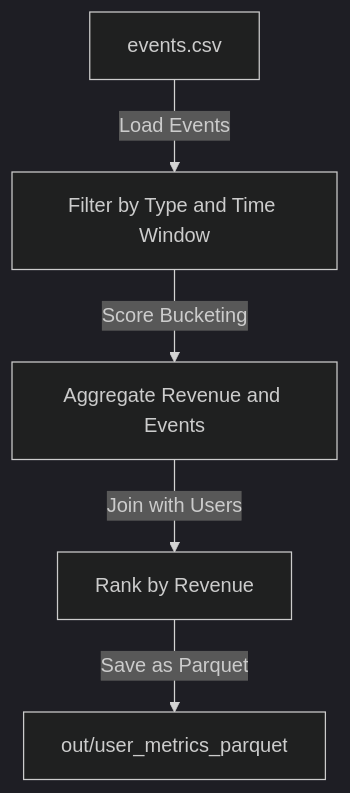
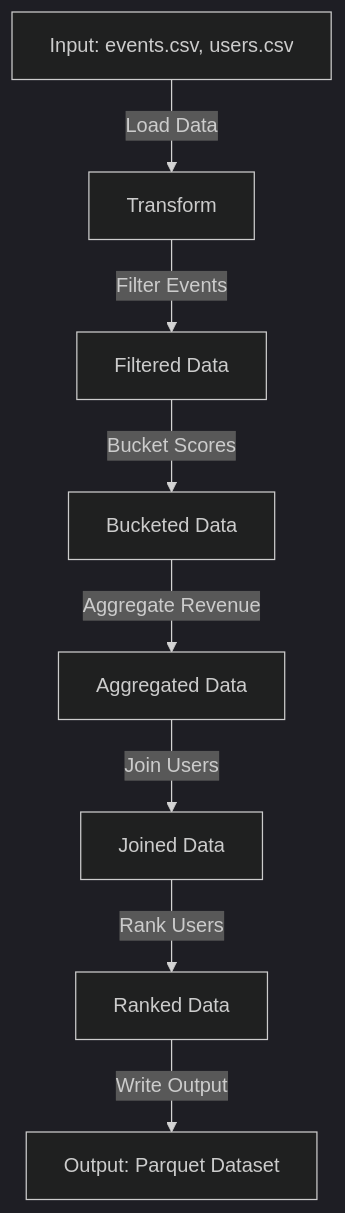
The diagram in Code_Documents/UserMetricsJob_Documentation.md (ravitejh99/test), drawn with Mermaid (dark theme) before and after one commit. The commit also changed other lines of this file, not shown here.

Commit message:
Add or update file: UserMetricsJob_Documentation.md

````diff
--- a/Code_Documents/UserMetricsJob_Documentation.md
+++ b/Code_Documents/UserMetricsJob_Documentation.md
@@ -43,7 +92,10 @@
 ```mermaid
-graph TD
-    A[events.csv] -->|Load Events| B[Filter by Type and Time Window]
-    B -->|Score Bucketing| C[Aggregate Revenue and Events]
-    C -->|Join with Users| D[Rank by Revenue]
-    D -->|Save as Parquet| E[out/user_metrics_parquet]
+graph TD;
+    A[Input: events.csv, users.csv] -->|Load Data| B[Transform]
+    B -->|Filter Events| C[Filtered Data]
+    C -->|Bucket Scores| D[Bucketed Data]
+    D -->|Aggregate Revenue| E[Aggregated Data]
+    E -->|Join Users| F[Joined Data]
+    F -->|Rank Users| G[Ranked Data]
+    G -->|Write Output| H[Output: Parquet Dataset]
 ```
````
